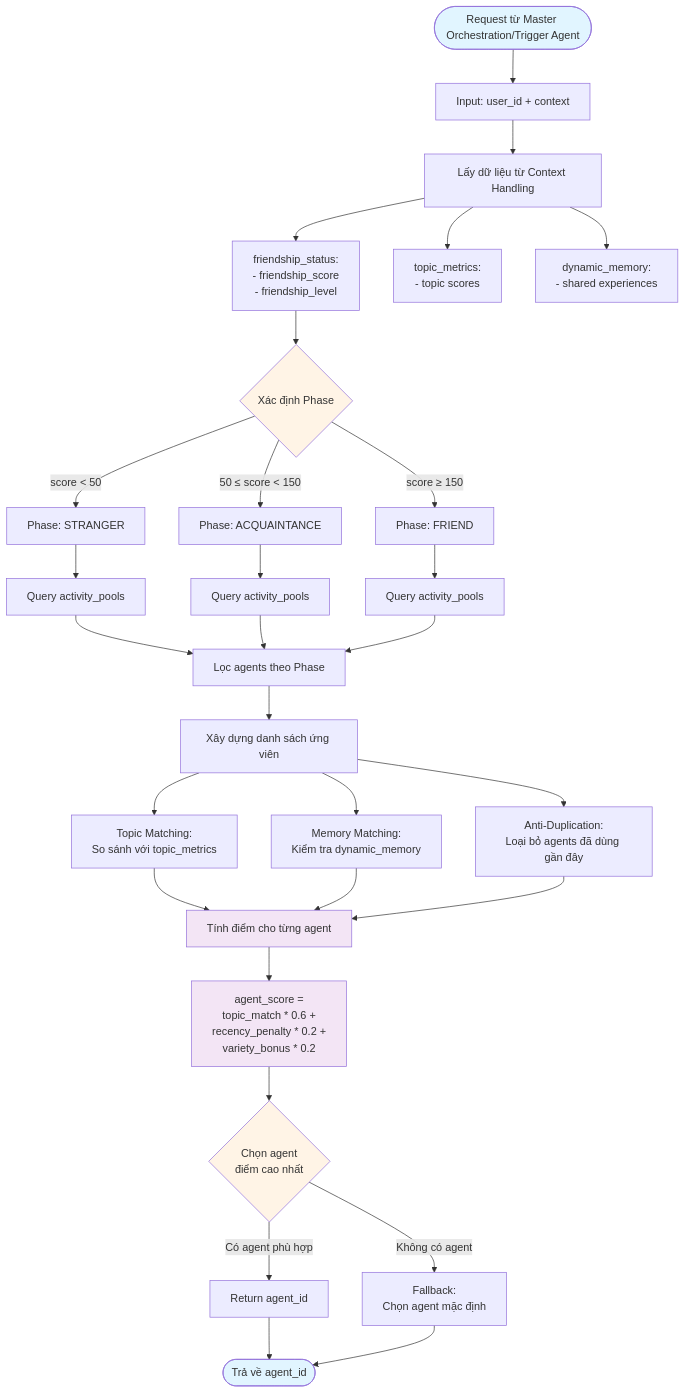
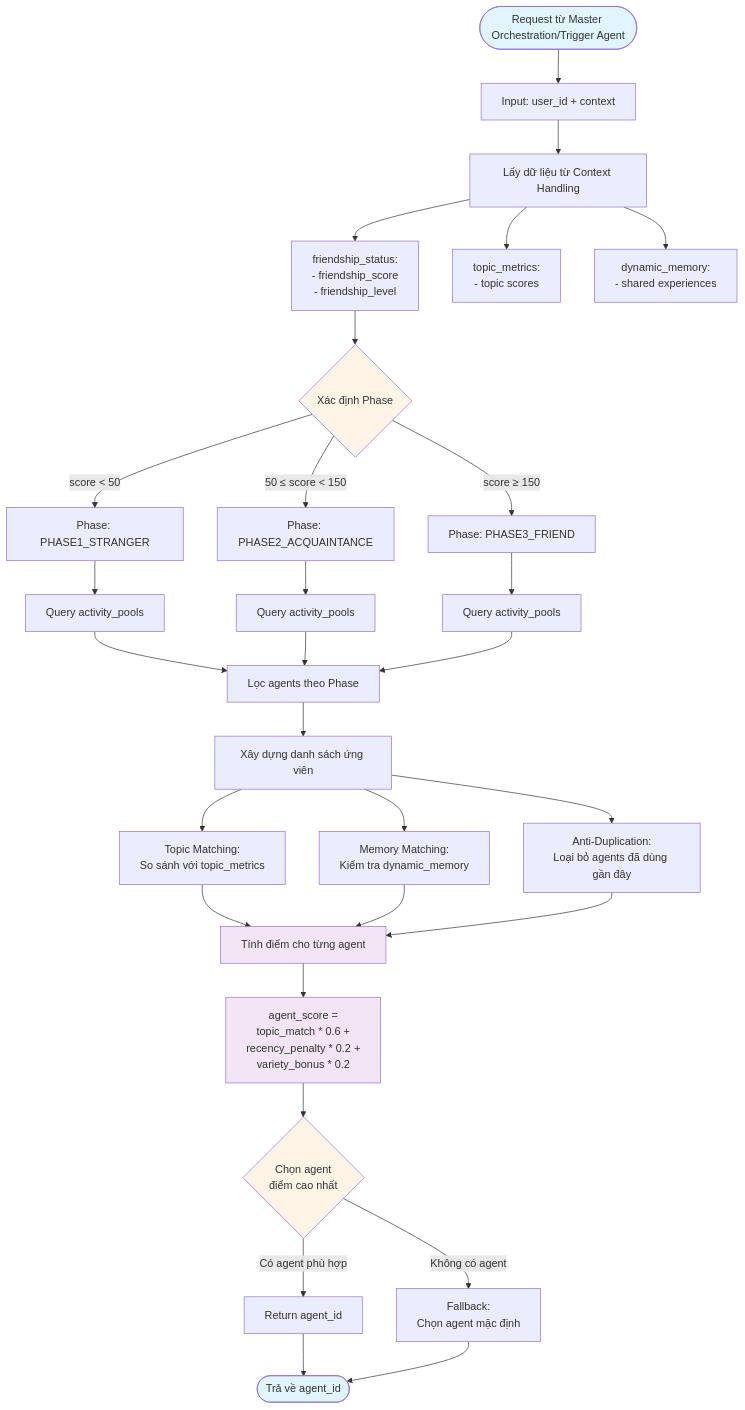
One commit to DoanNgocCuong/context-handling-bigmodule_PikaRobot_25112025 changed the first of 7 diagrams in docs/1_TaiLieuRobot_T2_24112025 - Robot/Tài liệu 3.2 - Logic Backend và AI.md. Above: the diagram before and after it, drawn with Mermaid. The commit also changed other lines of this file and 35 other files, not shown here.

First line of the commit message:
[update name: STRANGER - ACQUAINTANCE - FRIEND]

````diff
--- a/docs/1_TaiLieuRobot_T2_24112025 - Robot/Tài liệu 3.2 - Logic Backend và AI.md
+++ b/docs/1_TaiLieuRobot_T2_24112025 - Robot/Tài liệu 3.2 - Logic Backend và AI.md
@@ -5,49 +5,49 @@
 ```mermaid
 flowchart TD
     Start([Request từ Master Orchestration/Trigger Agent]) --> Input[Input: user_id + context]
     
     Input --> GetData[Lấy dữ liệu từ Context Handling]
     GetData --> FriendshipData[friendship_status:<br/>- friendship_score<br/>- friendship_level]
     GetData --> TopicData[topic_metrics:<br/>- topic scores]
     GetData --> MemoryData[dynamic_memory:<br/>- shared experiences]
     
     FriendshipData --> DeterminePhase{Xác định Phase}
-    DeterminePhase -->|score < 50| Stranger[Phase: STRANGER]
-    DeterminePhase -->|50 ≤ score < 150| Acquaintance[Phase: ACQUAINTANCE]
-    DeterminePhase -->|score ≥ 150| Friend[Phase: FRIEND]
+    DeterminePhase -->|score < 50| Stranger[Phase: PHASE1_STRANGER]
+    DeterminePhase -->|50 ≤ score < 150| Acquaintance[Phase: PHASE2_ACQUAINTANCE]
+    DeterminePhase -->|score ≥ 150| Friend[Phase: PHASE3_FRIEND]
     
     Stranger --> QueryPool1[Query activity_pools]
     Acquaintance --> QueryPool2[Query activity_pools]
     Friend --> QueryPool3[Query activity_pools]
     
     QueryPool1 --> FilterPhase[Lọc agents theo Phase]
     QueryPool2 --> FilterPhase
     QueryPool3 --> FilterPhase
     
     FilterPhase --> BuildCandidates[Xây dựng danh sách ứng viên]
     
     BuildCandidates --> TopicMatch[Topic Matching:<br/>So sánh với topic_metrics]
     BuildCandidates --> MemoryMatch[Memory Matching:<br/>Kiểm tra dynamic_memory]
     BuildCandidates --> AntiDup[Anti-Duplication:<br/>Loại bỏ agents đã dùng gần đây]
     
     TopicMatch --> Scoring[Tính điểm cho từng agent]
     MemoryMatch --> Scoring
     AntiDup --> Scoring
     
     Scoring --> WeightedCalc[agent_score =<br/>topic_match * 0.6 +<br/>recency_penalty * 0.2 +<br/>variety_bonus * 0.2]
     
     WeightedCalc --> SelectBest{Chọn agent<br/>điểm cao nhất}
     
     SelectBest -->|Có agent phù hợp| ReturnAgent[Return agent_id]
     SelectBest -->|Không có agent| Fallback[Fallback:<br/>Chọn agent mặc định]
     
     ReturnAgent --> End([Trả về agent_id])
     Fallback --> End
     
     style Start fill:#e1f5ff
     style End fill:#e1f5ff
     style DeterminePhase fill:#fff4e6
     style SelectBest fill:#fff4e6
     style Scoring fill:#f3e5f5
     style WeightedCalc fill:#f3e5f5
 ```
````
